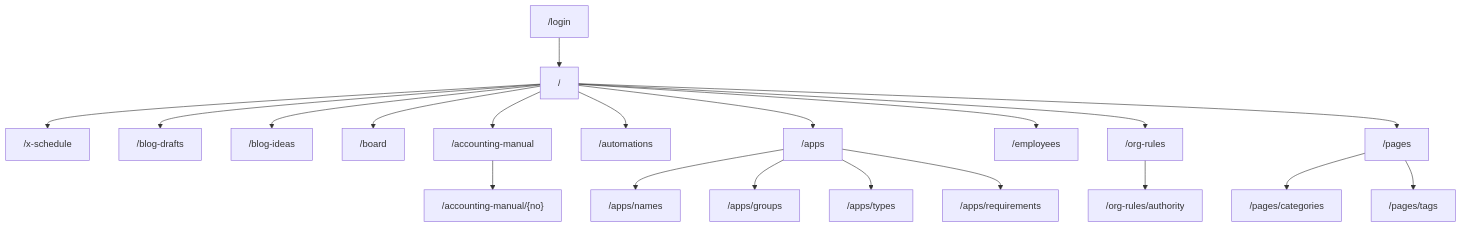
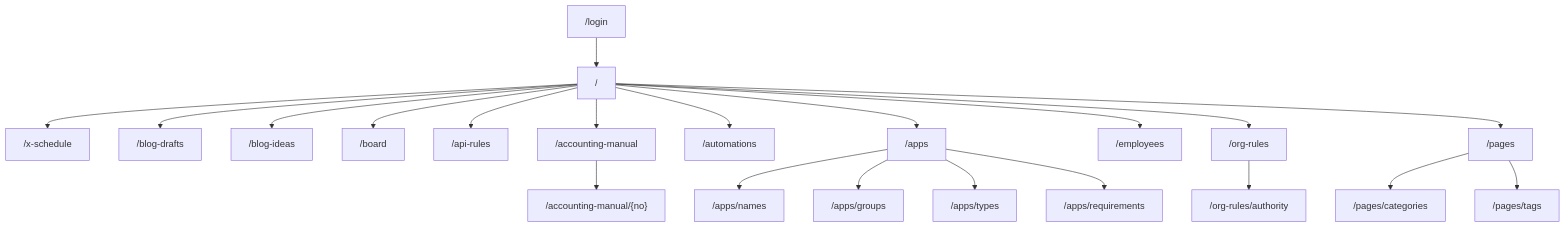
The diagram in docs/interfaces.md (ssstakahashi/ai-org), drawn with Mermaid before and after one commit. The commit also changed other lines of this file and 92 other files, not shown here.

````diff
--- a/docs/interfaces.md
+++ b/docs/interfaces.md
@@ -11,22 +11,23 @@
 ```mermaid
 flowchart TD
   Login["/login"] --> Home["/"]
   Home --> XSchedule["/x-schedule"]
   Home --> BlogDrafts["/blog-drafts"]
   Home --> BlogIdeas["/blog-ideas"]
   Home --> Board["/board"]
+  Home --> ApiRules["/api-rules"]
   Home --> AccountingManual["/accounting-manual"]
   AccountingManual --> AccountingManualEntry["/accounting-manual/{no}"]
   Home --> Automations["/automations"]
   Home --> Apps["/apps"]
   Home --> Employees["/employees"]
   Home --> OrgRules["/org-rules"]
   Home --> Pages["/pages"]
   Apps --> AppNames["/apps/names"]
   Apps --> AppGroups["/apps/groups"]
   Apps --> AppTypes["/apps/types"]
   Apps --> AppReqs["/apps/requirements"]
   OrgRules --> Authority["/org-rules/authority"]
   Pages --> PageCats["/pages/categories"]
   Pages --> PageTags["/pages/tags"]
 ```
````
